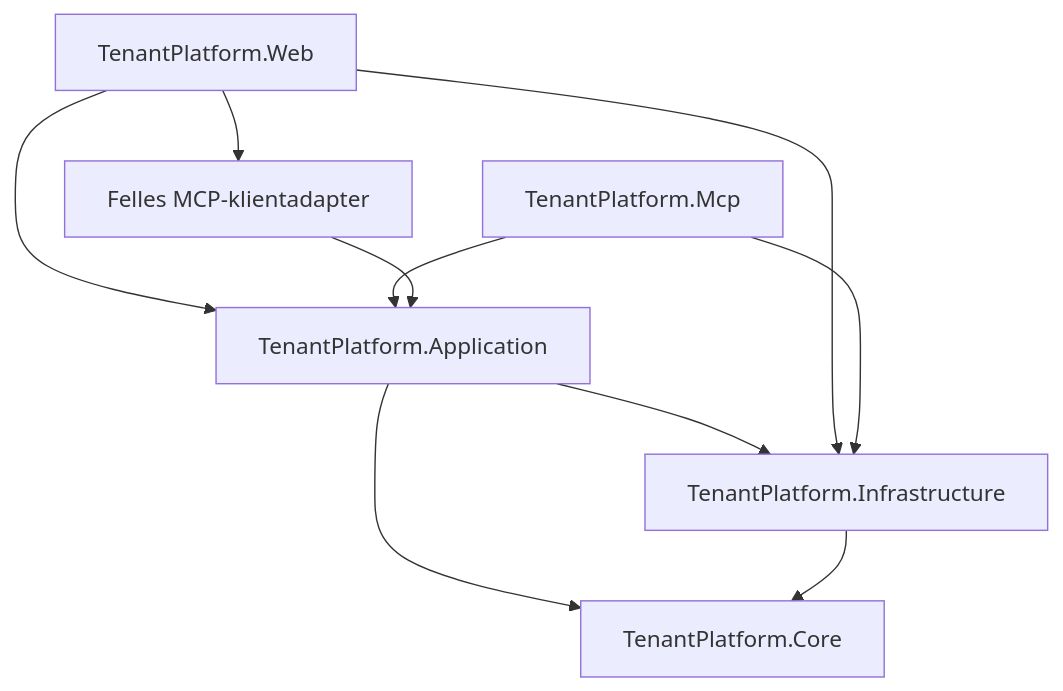
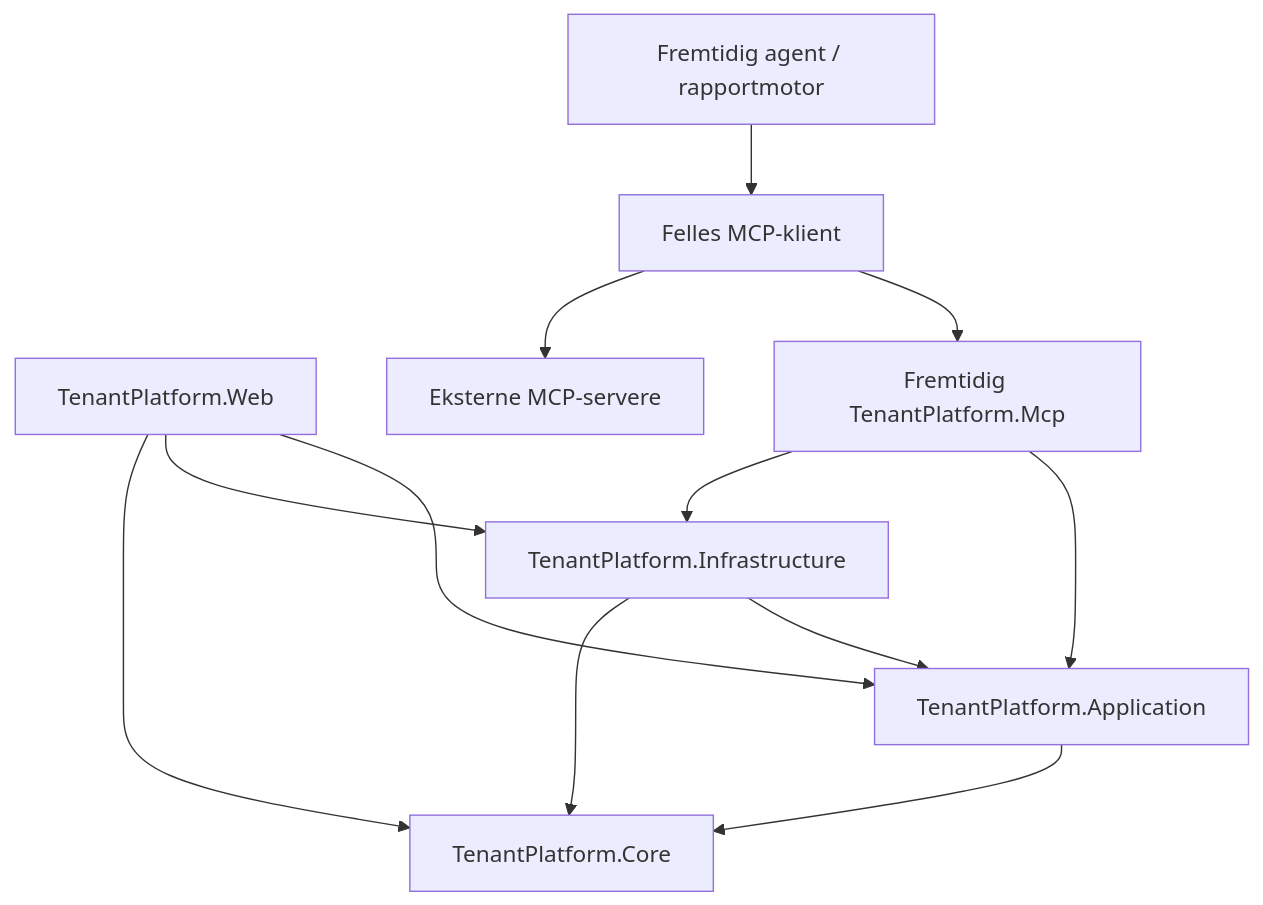
One commit to enholm/TenantPlatform changed the diagram in docs/architecture/modernization-plan.md. Above: the diagram before and after it, drawn with Mermaid. The commit also changed other lines of this file and 603 other files, not shown here.

````diff
--- a/docs/architecture/modernization-plan.md
+++ b/docs/architecture/modernization-plan.md
@@ -194,12 +198,14 @@
 ```mermaid
 flowchart TD
   Web[TenantPlatform.Web] --> App[TenantPlatform.Application]
-  Mcp[TenantPlatform.Mcp] --> App
-  App --> Infra[TenantPlatform.Infrastructure]
-  App --> Core[TenantPlatform.Core]
-  Infra --> Core
-  Web --> Infra
+  Web --> Infra[TenantPlatform.Infrastructure]
+  Infra --> App
+  Infra --> Core[TenantPlatform.Core]
+  App --> Core
+  Web --> Core
+  Mcp[Fremtidig TenantPlatform.Mcp] --> App
   Mcp --> Infra
-  Client[Felles MCP-klientadapter] --> App
-  Web --> Client
+  Agent[Fremtidig agent / rapportmotor] --> Client[Felles MCP-klient]
+  Client --> Mcp
+  Client --> External[Eksterne MCP-servere]
 ```
````
